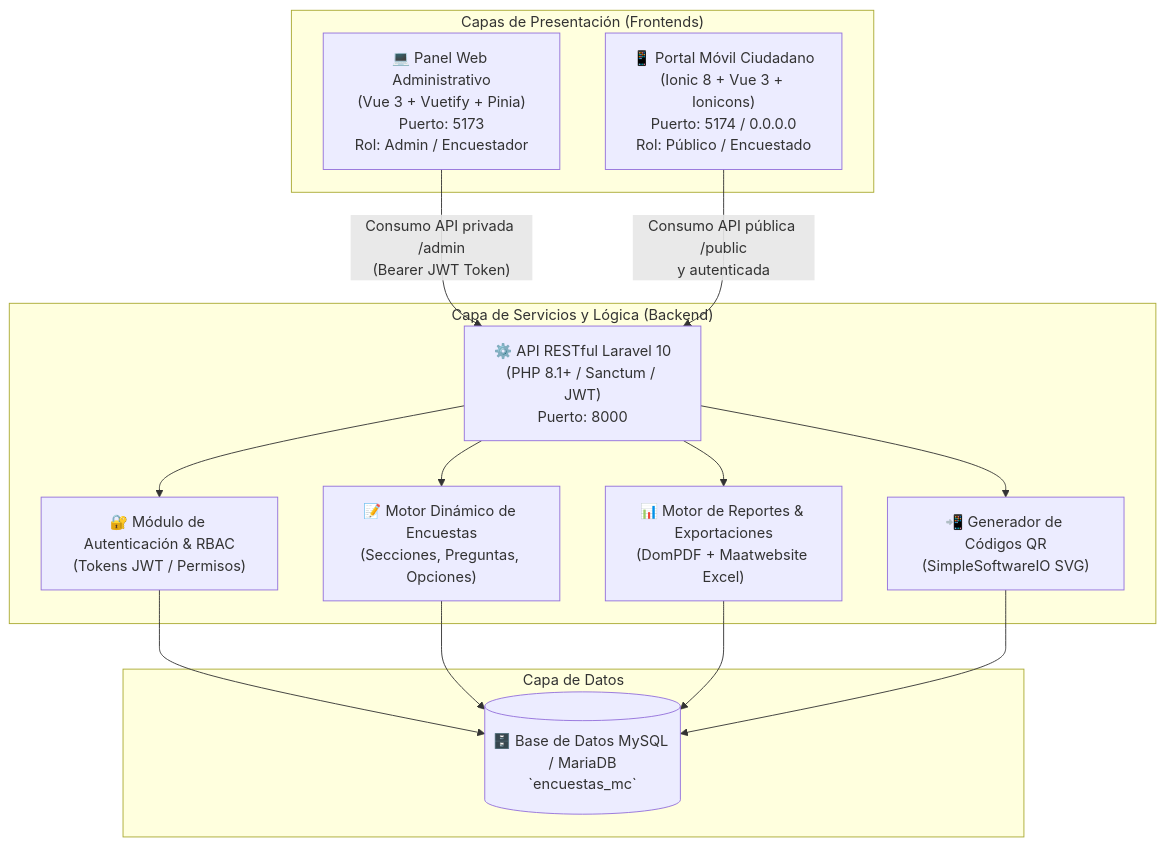
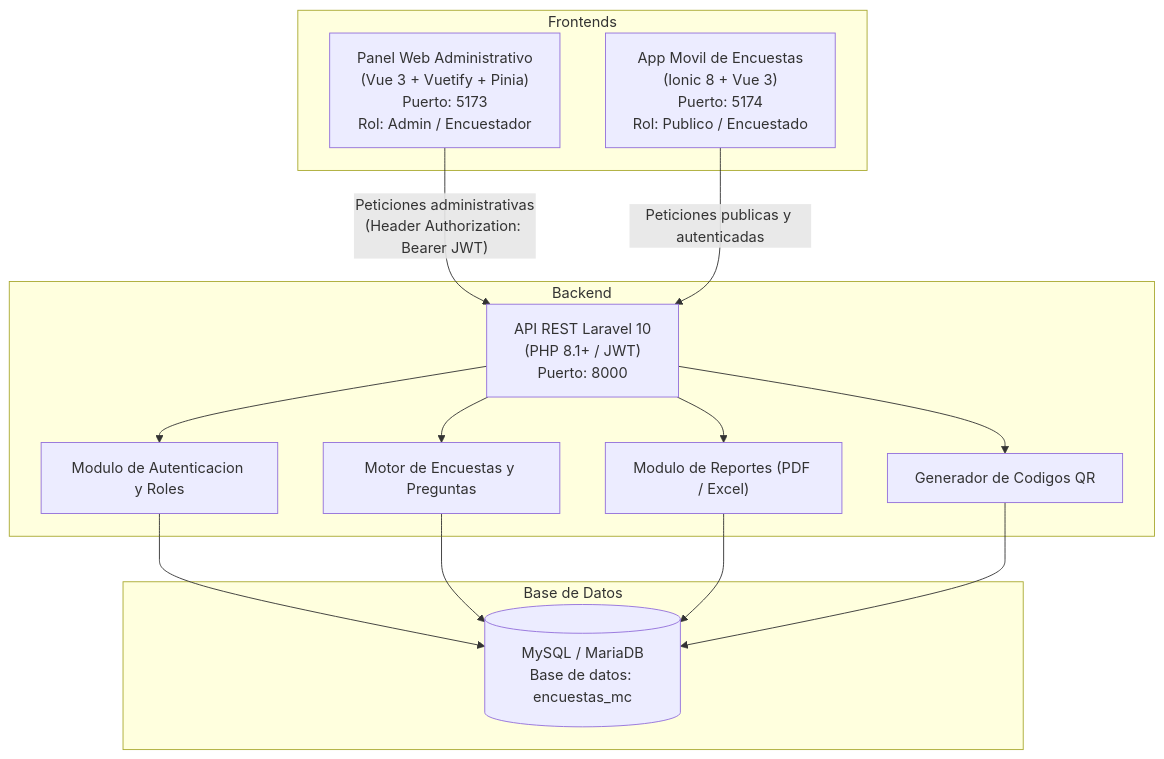
Before and after one commit to Danny4lex/LaQuestionES-App: the diagram in README.md, drawn with Mermaid. The commit also changed other lines of this file, not shown here.

````diff
--- a/README.md
+++ b/README.md
@@ -23,32 +21,32 @@
 ```mermaid
 flowchart TD
-    subgraph Clientes ["Capas de Presentación (Frontends)"]
-        WEB["💻 Panel Web Administrativo\n(Vue 3 + Vuetify + Pinia)\nPuerto: 5173\nRol: Admin / Encuestador"]
-        MOVIL["📱 Portal Móvil Ciudadano\n(Ionic 8 + Vue 3 + Ionicons)\nPuerto: 5174 / 0.0.0.0\nRol: Público / Encuestado"]
+    subgraph Clientes ["Frontends"]
+        WEB["Panel Web Administrativo\n(Vue 3 + Vuetify + Pinia)\nPuerto: 5173\nRol: Admin / Encuestador"]
+        MOVIL["App Movil de Encuestas\n(Ionic 8 + Vue 3)\nPuerto: 5174\nRol: Publico / Encuestado"]
     end
 
-    subgraph Servidor ["Capa de Servicios y Lógica (Backend)"]
-        API["⚙️ API RESTful Laravel 10\n(PHP 8.1+ / Sanctum / JWT)\nPuerto: 8000"]
-        AUTH["🔐 Módulo de Autenticación & RBAC\n(Tokens JWT / Permisos)"]
-        MOTOR["📝 Motor Dinámico de Encuestas\n(Secciones, Preguntas, Opciones)"]
-        REPORTES["📊 Motor de Reportes & Exportaciones\n(DomPDF + Maatwebsite Excel)"]
-        QR["📲 Generador de Códigos QR\n(SimpleSoftwareIO SVG)"]
+    subgraph Servidor ["Backend"]
+        API["API REST Laravel 10\n(PHP 8.1+ / JWT)\nPuerto: 8000"]
+        AUTH["Modulo de Autenticacion y Roles"]
+        MOTOR["Motor de Encuestas y Preguntas"]
+        REPORTES["Modulo de Reportes (PDF / Excel)"]
+        QR["Generador de Codigos QR"]
     end
 
-    subgraph Persistencia ["Capa de Datos"]
-        BD[("🗄️ Base de Datos MySQL / MariaDB\n`encuestas_mc`")]
+    subgraph BaseDatos ["Base de Datos"]
+        BD[("MySQL / MariaDB\nBase de datos: encuestas_mc")]
     end
 
-    WEB -->|"Consumo API privada /admin\n(Bearer JWT Token)"| API
-    MOVIL -->|"Consumo API pública /public\ny autenticada"| API
+    WEB -->|"Peticiones administrativas\n(Header Authorization: Bearer JWT)"| API
+    MOVIL -->|"Peticiones publicas y autenticadas"| API
 
     API --> AUTH
     API --> MOTOR
     API --> REPORTES
     API --> QR
 
     AUTH --> BD
     MOTOR --> BD
     REPORTES --> BD
     QR --> BD
 ```
````
